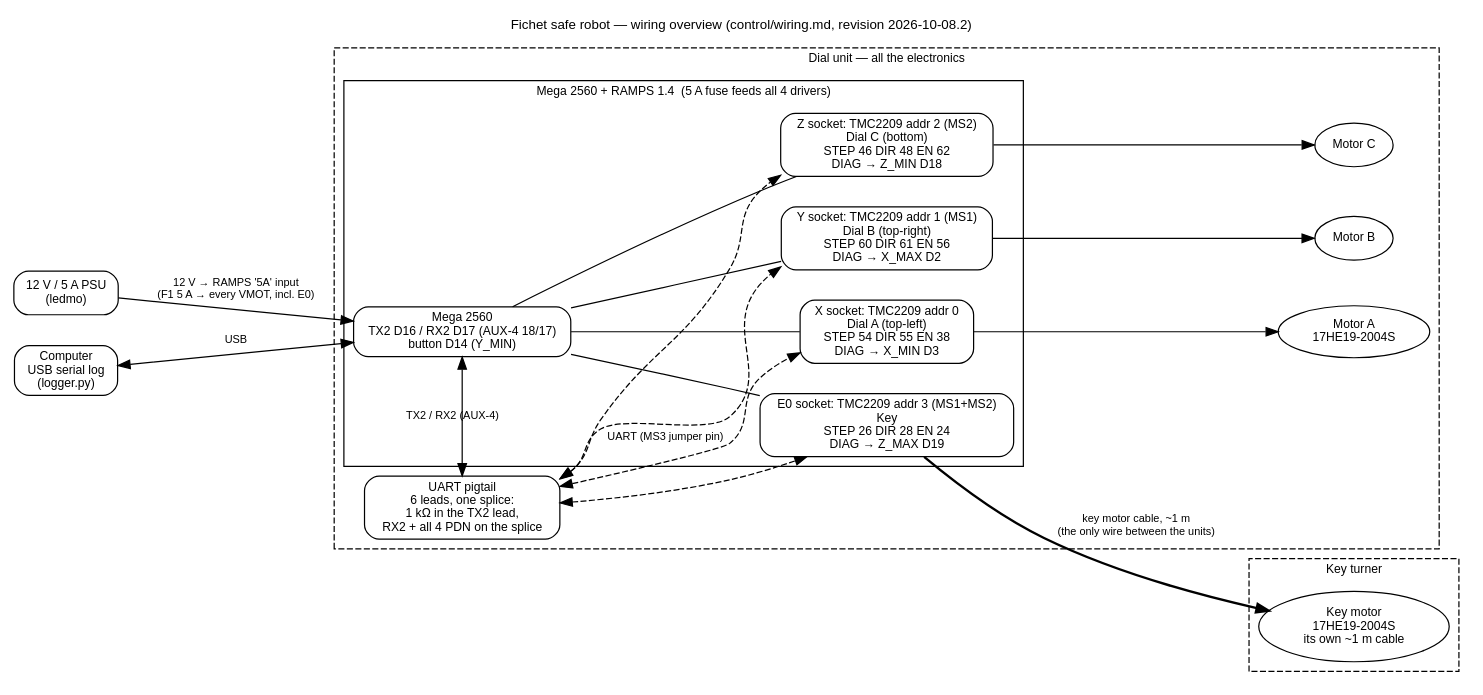
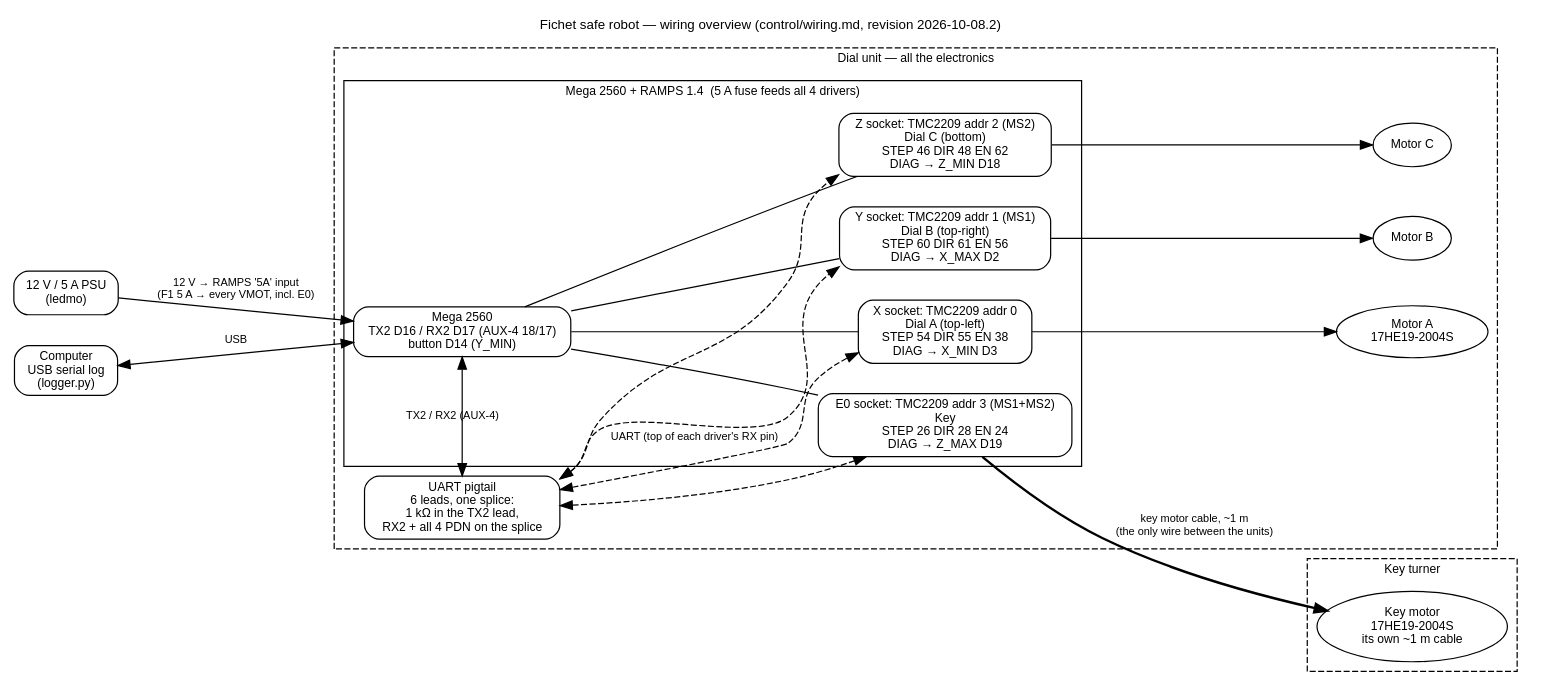
One commit to paulforrester/fichet-safe-robot changed the diagram in control/harness/overview.dot. Above: the diagram before and after it, drawn with Graphviz. The commit also changed 18 other files, not shown here.

First line of the commit message:
2026-10-08.2: UART and DIAG taps on top of the drivers; orientation check

```diff
--- a/control/harness/overview.dot
+++ b/control/harness/overview.dot
@@ -1,43 +1,43 @@
 // System overview for the Fichet safe robot wiring — see control/wiring.md.
 // Render: dot -Tsvg control/harness/overview.dot -o control/harness/overview.svg
 // Project revision 2026-10-08.2: all four drivers on the RAMPS (key in E0); UART pigtail replaces the hub board.
 digraph overview {
   graph [rankdir=LR, fontname="Helvetica", fontsize=11, nodesep=0.35, ranksep=0.7, label="Fichet safe robot — wiring overview (control/wiring.md, revision 2026-10-08.2)", labelloc=t];
   node  [shape=box, style="rounded", fontname="Helvetica", fontsize=10];
   edge  [fontname="Helvetica", fontsize=9];
 
   psu  [label="12 V / 5 A PSU\n(ledmo)"];
   usb  [label="Computer\nUSB serial log\n(logger.py)"];
 
   subgraph cluster_dial {
     label="Dial unit — all the electronics"; style=dashed; fontsize=10;
     uart [label="UART pigtail\n6 leads, one splice:\n1 kΩ in the TX2 lead,\nRX2 + all 4 PDN on the splice"];
     subgraph cluster_ramps {
       label="Mega 2560 + RAMPS 1.4  (5 A fuse feeds all 4 drivers)"; style=solid; fontsize=10;
       mega [label="Mega 2560\nTX2 D16 / RX2 D17 (AUX-4 18/17)\nbutton D14 (Y_MIN)"];
       x    [label="X socket: TMC2209 addr 0\nDial A (top-left)\nSTEP 54 DIR 55 EN 38\nDIAG → X_MIN D3"];
       y    [label="Y socket: TMC2209 addr 1 (MS1)\nDial B (top-right)\nSTEP 60 DIR 61 EN 56\nDIAG → X_MAX D2"];
       z    [label="Z socket: TMC2209 addr 2 (MS2)\nDial C (bottom)\nSTEP 46 DIR 48 EN 62\nDIAG → Z_MIN D18"];
       e0   [label="E0 socket: TMC2209 addr 3 (MS1+MS2)\nKey\nSTEP 26 DIR 28 EN 24\nDIAG → Z_MAX D19"];
     }
     ma [label="Motor A\n17HE19-2004S", shape=ellipse];
     mb [label="Motor B", shape=ellipse];
     mc [label="Motor C", shape=ellipse];
   }
 
   subgraph cluster_key {
     label="Key turner"; style=dashed; fontsize=10;
     mk  [label="Key motor\n17HE19-2004S\nits own ~1 m cable", shape=ellipse];
   }
 
   psu -> mega [label="12 V → RAMPS '5A' input\n(F1 5 A → every VMOT, incl. E0)"];
   usb -> mega [dir=both, label="USB"];
   mega -> x [arrowhead=none]; mega -> y [arrowhead=none]; mega -> z [arrowhead=none]; mega -> e0 [arrowhead=none];
   x -> ma; y -> mb; z -> mc;
   e0 -> mk [penwidth=2, label="key motor cable, ~1 m\n(the only wire between the units)"];
-  uart -> x [dir=both, style=dashed, label="UART (MS3 jumper pin)"];
+  uart -> x [dir=both, style=dashed, label="UART (top of each driver's RX pin)"];
   uart -> y [dir=both, style=dashed];
   uart -> z [dir=both, style=dashed];
   uart -> e0 [dir=both, style=dashed];
   mega -> uart [dir=both, label="TX2 / RX2 (AUX-4)"];
 }
```
